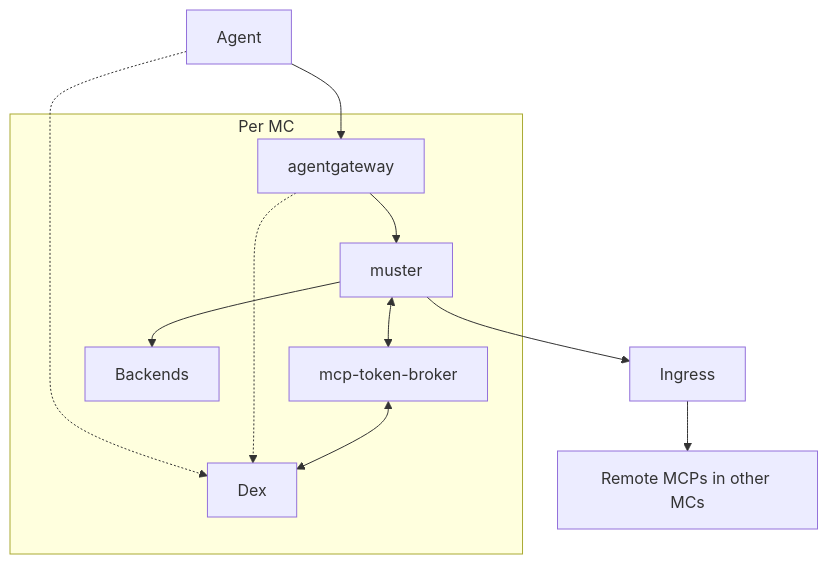
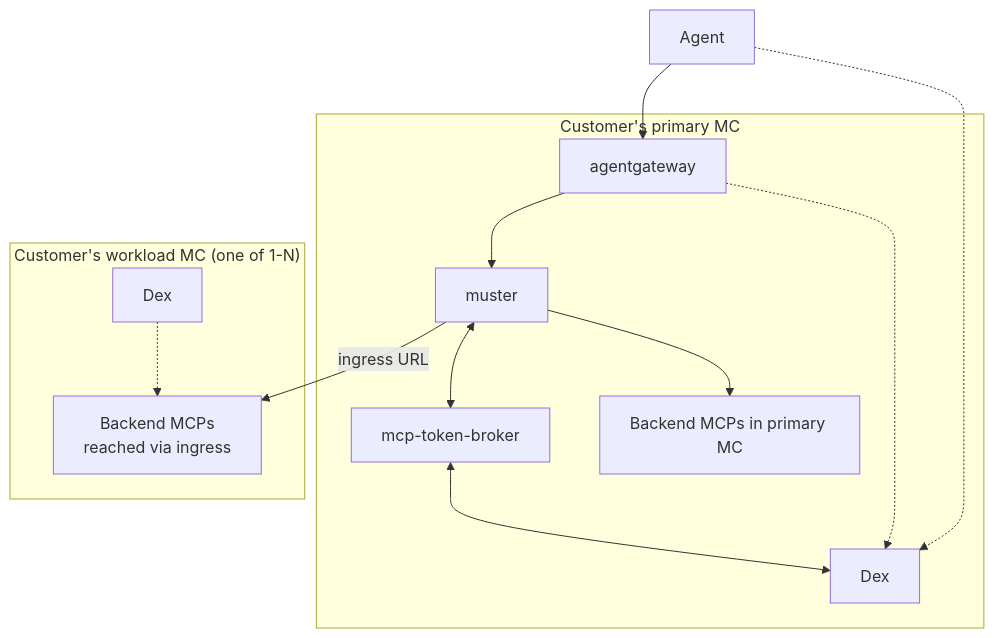
Before and after one commit to giantswarm/muster: the first of 2 diagrams in docs/explanation/decisions/012-agentgateway-introduction.md, drawn with Mermaid. The commit also changed other lines of this file, not shown here.

Commit message:
ADR-012: clarify per-customer stack scope; 1 Dex per MC for cluster identity

````diff
--- a/docs/explanation/decisions/012-agentgateway-introduction.md
+++ b/docs/explanation/decisions/012-agentgateway-introduction.md
@@ -36,25 +38,27 @@
 ```mermaid
 graph TB
     Agent
 
-    subgraph MC["Per MC"]
-        Dex
+    subgraph PrimaryMC["Customer's primary MC"]
+        DexPrimary[Dex]
         agentgateway
         muster
         broker[mcp-token-broker]
-        Backends
+        LocalBackends[Backend MCPs in primary MC]
     end
 
-    Ingress
-    RemoteMCPs[Remote MCPs in other MCs]
+    subgraph WorkloadMC1["Customer's workload MC (one of 1-N)"]
+        DexWC[Dex]
+        RemoteMCPs[Backend MCPs<br/>reached via ingress]
+    end
 
     Agent --> agentgateway
-    Agent -.-> Dex
+    Agent -.-> DexPrimary
     agentgateway --> muster
-    agentgateway -.-> Dex
+    agentgateway -.-> DexPrimary
     muster <--> broker
-    broker <--> Dex
-    muster --> Backends
-    muster --> Ingress
-    Ingress --> RemoteMCPs
+    broker <--> DexPrimary
+    muster --> LocalBackends
+    muster -->|ingress URL| RemoteMCPs
+    DexWC -.-> RemoteMCPs
 ```
````
